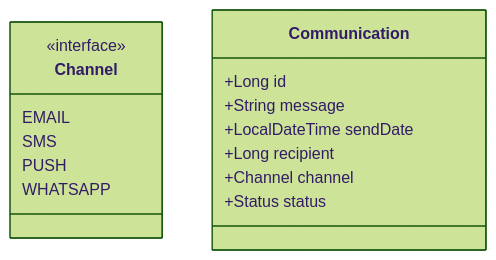
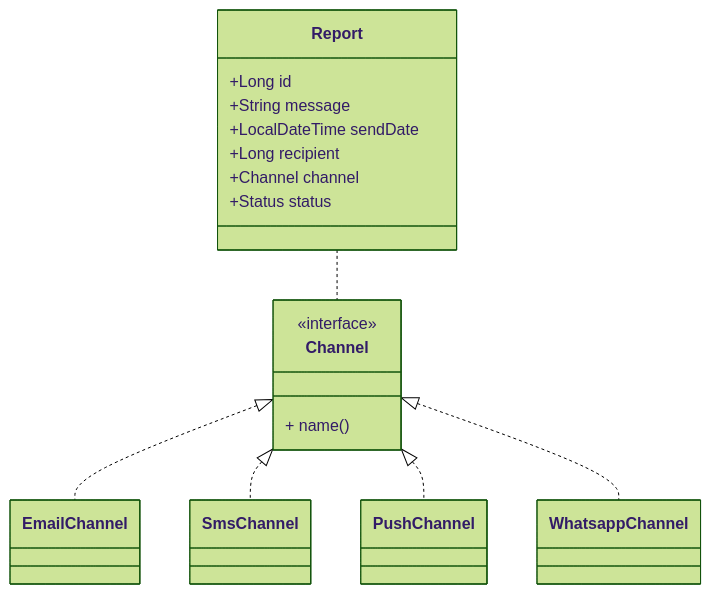
The fourth of 5 diagrams in README.md (PauloNayron/message-service), drawn with Mermaid (forest theme) before and after one commit. The commit also changed other lines of this file, not shown here.

````diff
--- a/README.md
+++ b/README.md
@@ -78,18 +101,20 @@
 ```mermaid
 classDiagram
     class Channel {
         <<interface>>
-        EMAIL
-        SMS
-        PUSH
-        WHATSAPP
+        + name()
     }
-    class Communication{
+    class Report{
         +Long id
         +String message
         +LocalDateTime sendDate
         +Long recipient
         +Channel channel
         +Status status
     }
+    Report .. Channel
+    Channel <|.. EmailChannel
+    Channel <|.. SmsChannel
+    Channel <|.. PushChannel
+    Channel <|.. WhatsappChannel
 ```
````
